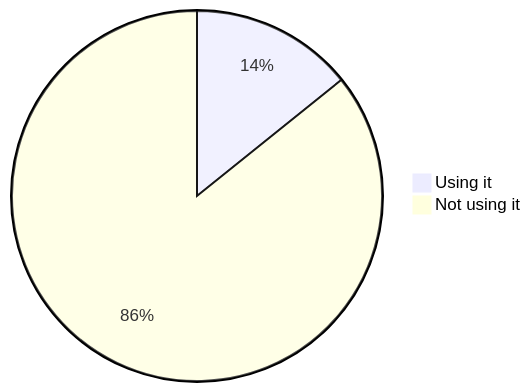
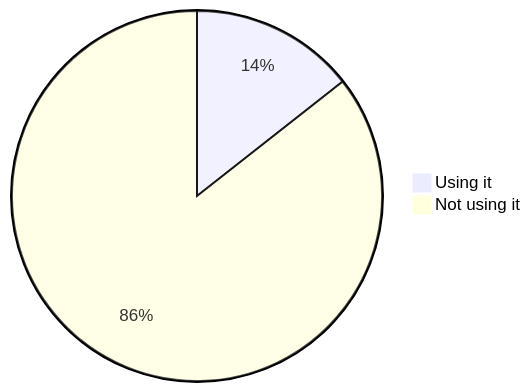
One commit to oshp/oshp-stats changed the fourth of 22 diagrams in stats.md. Above: the diagram before and after it, drawn with Mermaid. The commit also changed other lines of this file, not shown here.

````diff
--- a/stats.md
+++ b/stats.md
@@ -46,6 +46,6 @@
 ```mermaid
 pie
-	"Using it" : 14.22
-	"Not using it" : 85.78
+	"Using it" : 14.4
+	"Not using it" : 85.6
 
 ```
````
